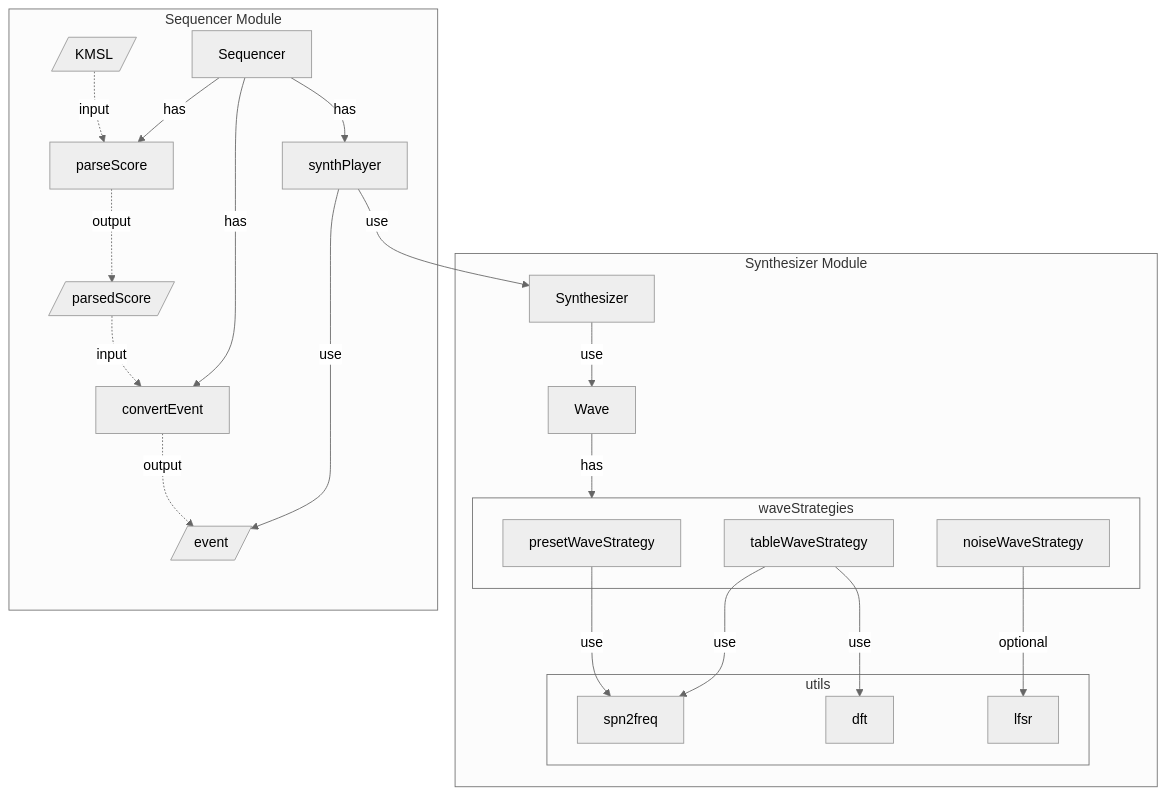
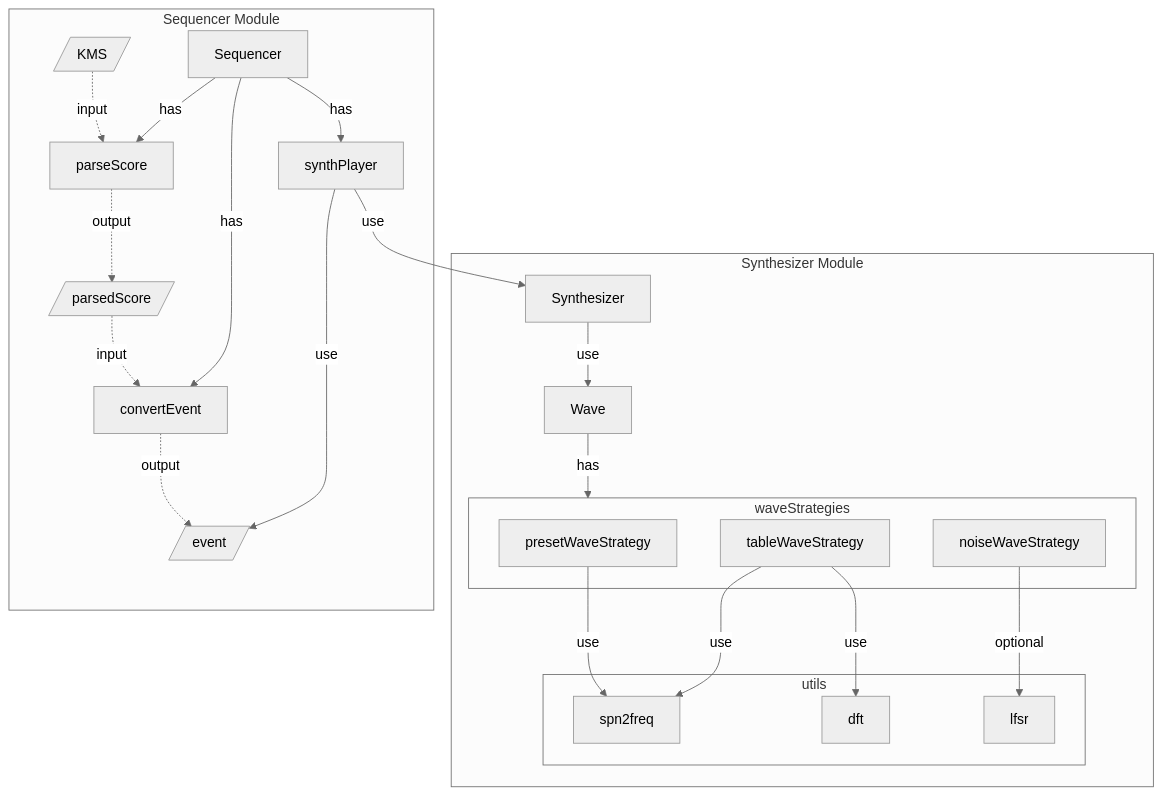
The diagram in packages/audio/README.md (m-nakasato/kobo), drawn with Mermaid (neutral theme) before and after one commit. The commit also changed other lines of this file and 1 other file, not shown here.

Commit message:
Rename KMSL to KMS

````diff
--- a/packages/audio/README.md
+++ b/packages/audio/README.md
@@ -35,29 +35,29 @@
 ```mermaid
 graph TD
     subgraph synthesizerModule[Synthesizer Module]
         Synthesizer --use--> Wave --has--> waveStrategies
         subgraph waveStrategies
             presetWaveStrategy
             tableWaveStrategy
             noiseWaveStrategy
         end
         subgraph utils
             spn2freq
             dft
             lfsr
         end
         presetWaveStrategy --use--> spn2freq
         tableWaveStrategy --use--> spn2freq
         tableWaveStrategy --use--> dft
         noiseWaveStrategy -- optional--> lfsr
     end
     subgraph sequencerModule[Sequencer Module]
-        KMSL@{shape: lean-r} -.input.-> parseScore -.output.-> parsedScore@{shape: lean-r}
+        KMS@{shape: lean-r} -.input.-> parseScore -.output.-> parsedScore@{shape: lean-r}
         parsedScore -.input.-> convertEvent -.output.-> event@{shape: lean-r}
         Sequencer --has--> parseScore
         Sequencer --has--> convertEvent
         Sequencer --has--> synthPlayer
         synthPlayer --use--> event
     end
     synthPlayer --use--> Synthesizer
 ```
````
